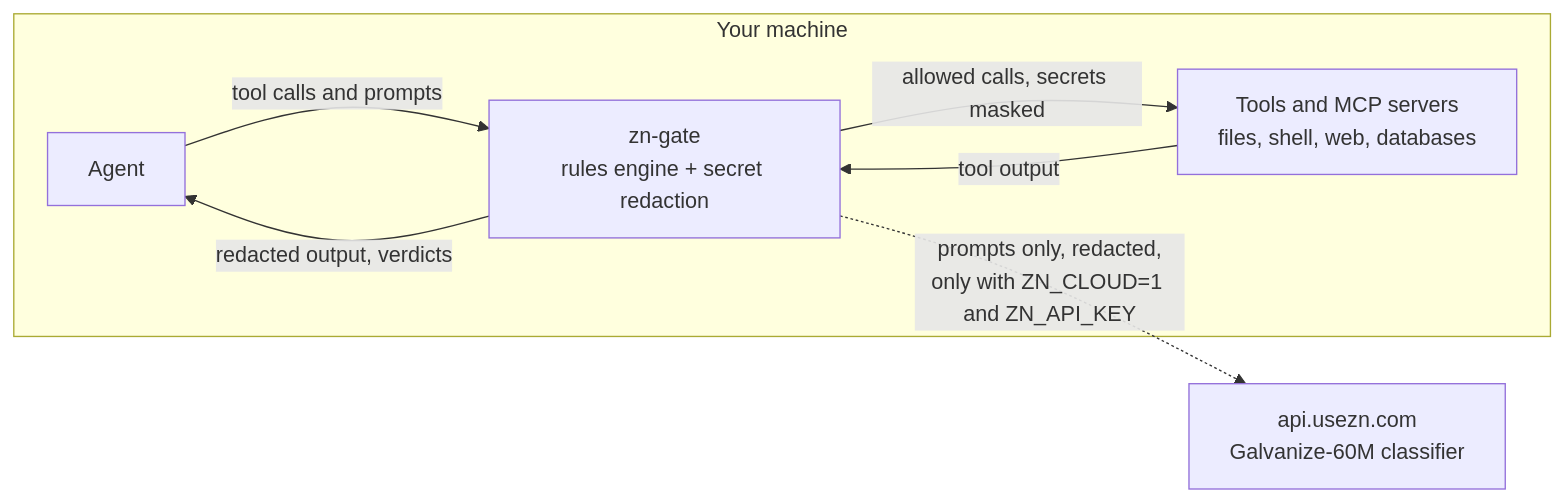
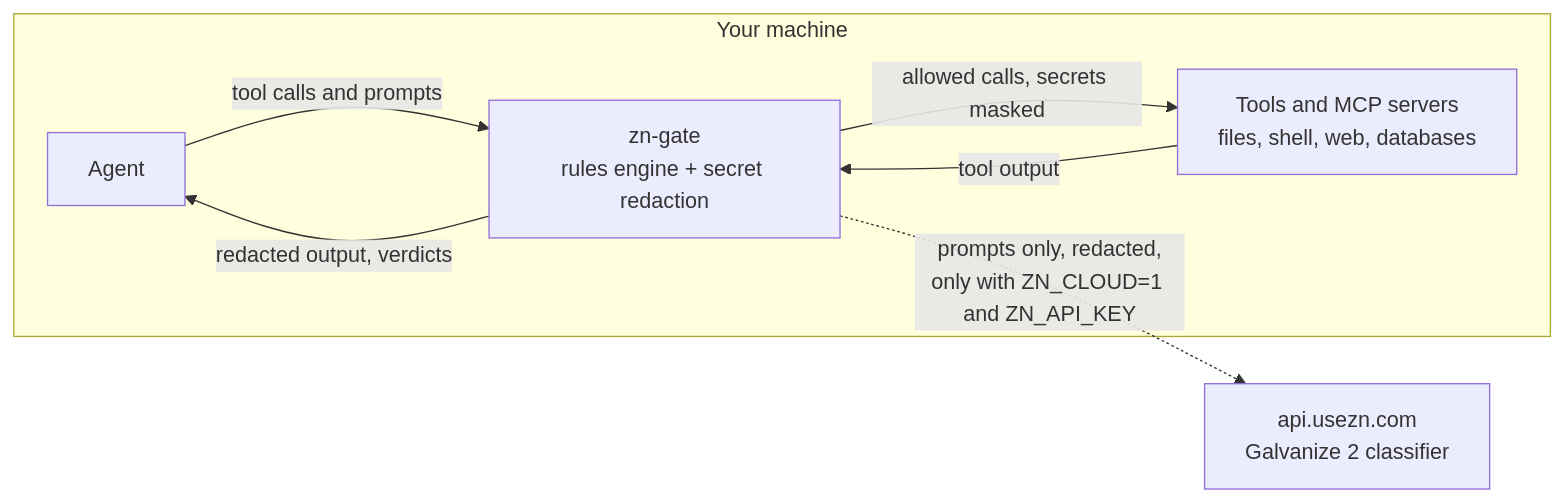
Before and after one commit to usezn/zn: the second of 2 diagrams in README.md, drawn with Mermaid. The commit also changed other lines of this file and 2 other files, not shown here.

Commit message:
docs: README cloud check uses Galvanize 2, add held-out results

````diff
--- a/README.md
+++ b/README.md
@@ -139,14 +139,14 @@
 ```mermaid
 flowchart LR
     subgraph local["Your machine"]
         A["Agent"]
         Z["zn-gate<br/>rules engine + secret redaction"]
         T["Tools and MCP servers<br/>files, shell, web, databases"]
     end
-    C["api.usezn.com<br/>Galvanize-60M classifier"]
+    C["api.usezn.com<br/>Galvanize 2 classifier"]
     A -- "tool calls and prompts" --> Z
     Z -- "allowed calls, secrets masked" --> T
     T -- "tool output" --> Z
     Z -- "redacted output, verdicts" --> A
     Z -. "prompts only, redacted,<br/>only with ZN_CLOUD=1 and ZN_API_KEY" .-> C
 ```
````
